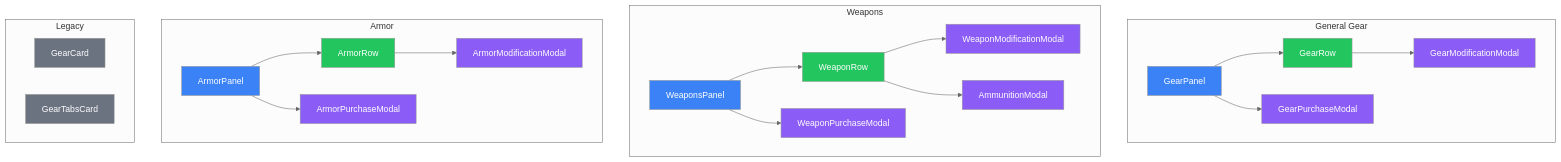
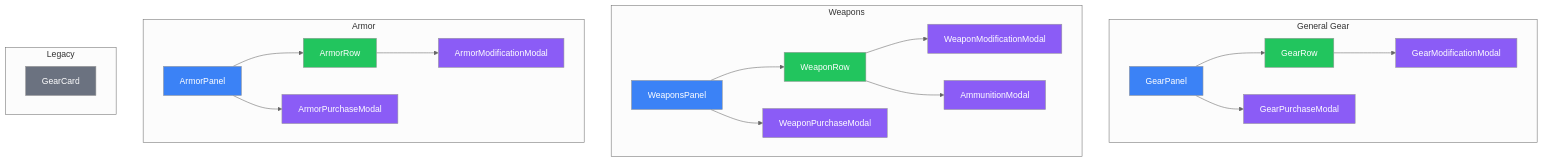
Before and after one commit to Jasrags/ShadowMaster: the diagram in docs/architecture/creation-components/05-gear-equipment.md, drawn with Mermaid (neutral theme). The commit also changed other lines of this file and 6 other files, not shown here.

````diff
--- a/docs/architecture/creation-components/05-gear-equipment.md
+++ b/docs/architecture/creation-components/05-gear-equipment.md
@@ -7,58 +7,56 @@
 ```mermaid
 graph TD
     subgraph "General Gear"
         GearPanel[GearPanel]
         GearRow[GearRow]
         GearPurchaseModal[GearPurchaseModal]
         GearModificationModal[GearModificationModal]
 
         GearPanel --> GearRow
         GearPanel --> GearPurchaseModal
         GearRow --> GearModificationModal
     end
 
     subgraph "Weapons"
         WeaponsPanel[WeaponsPanel]
         WeaponRow[WeaponRow]
         WeaponPurchaseModal[WeaponPurchaseModal]
         WeaponModificationModal[WeaponModificationModal]
         AmmunitionModal[AmmunitionModal]
 
         WeaponsPanel --> WeaponRow
         WeaponsPanel --> WeaponPurchaseModal
         WeaponRow --> WeaponModificationModal
         WeaponRow --> AmmunitionModal
     end
 
     subgraph "Armor"
         ArmorPanel[ArmorPanel]
         ArmorRow[ArmorRow]
         ArmorPurchaseModal[ArmorPurchaseModal]
         ArmorModificationModal[ArmorModificationModal]
 
         ArmorPanel --> ArmorRow
         ArmorPanel --> ArmorPurchaseModal
         ArmorRow --> ArmorModificationModal
     end
 
     subgraph "Legacy"
         GearCard[GearCard]
-        GearTabsCard[GearTabsCard]
     end
 
     style GearPanel fill:#3b82f6,color:#fff
     style GearRow fill:#22c55e,color:#fff
     style GearPurchaseModal fill:#8b5cf6,color:#fff
     style GearModificationModal fill:#8b5cf6,color:#fff
     style WeaponsPanel fill:#3b82f6,color:#fff
     style WeaponRow fill:#22c55e,color:#fff
     style WeaponPurchaseModal fill:#8b5cf6,color:#fff
     style WeaponModificationModal fill:#8b5cf6,color:#fff
     style AmmunitionModal fill:#8b5cf6,color:#fff
     style ArmorPanel fill:#3b82f6,color:#fff
     style ArmorRow fill:#22c55e,color:#fff
     style ArmorPurchaseModal fill:#8b5cf6,color:#fff
     style ArmorModificationModal fill:#8b5cf6,color:#fff
     style GearCard fill:#6b7280,color:#fff
-    style GearTabsCard fill:#6b7280,color:#fff
 ```
````
